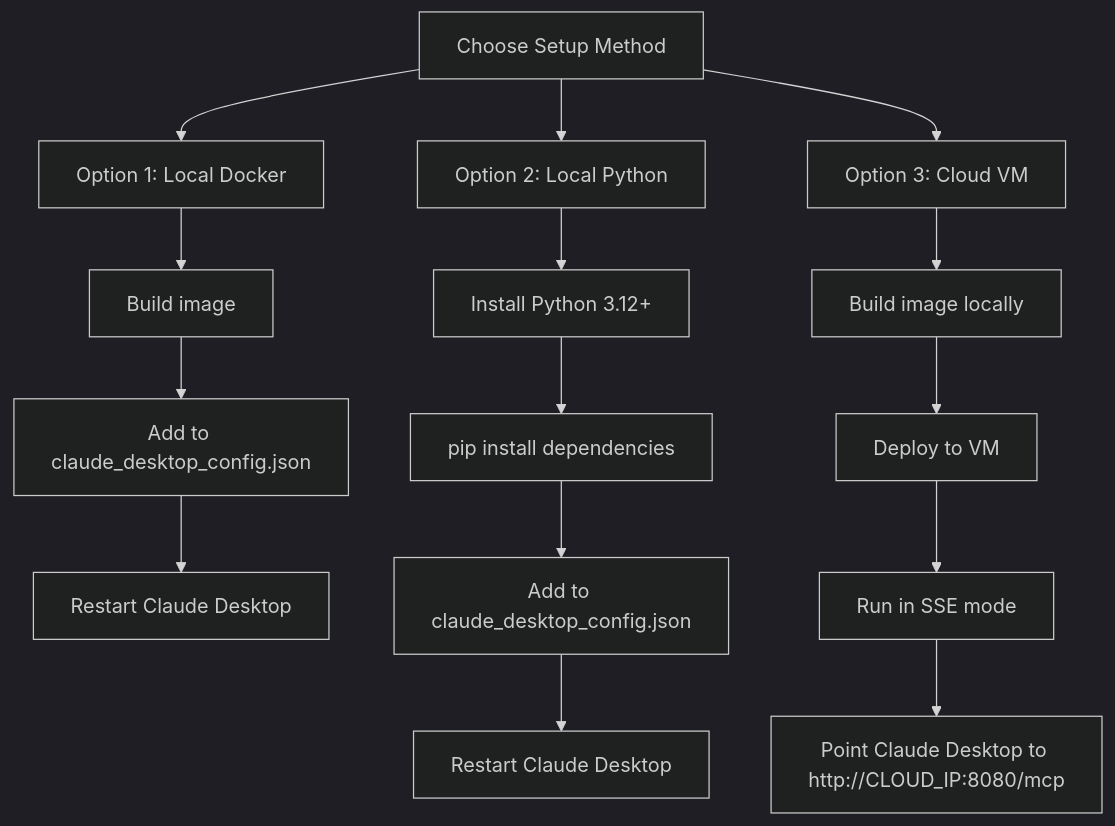
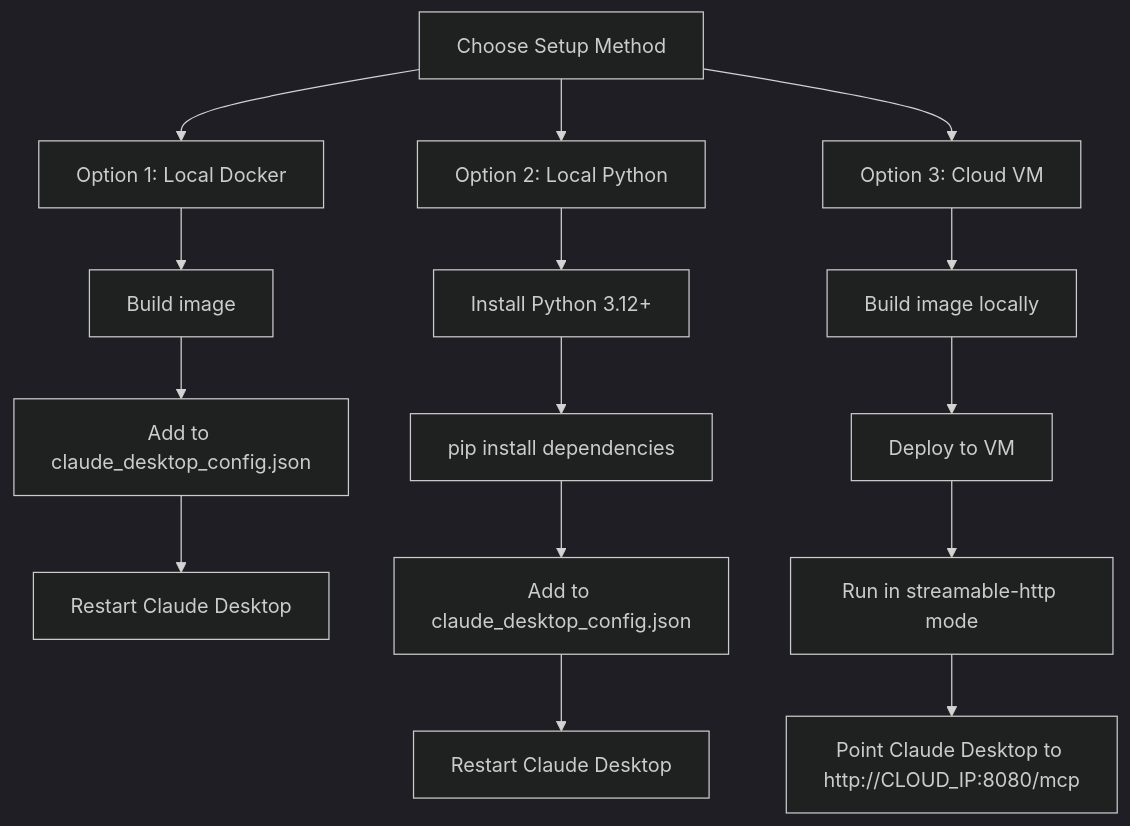
One commit to iportilla/agent-search changed the fourth of 6 diagrams in README.md. Above: the diagram before and after it, drawn with Mermaid (dark theme). The commit also changed other lines of this file, not shown here.

````diff
--- a/README.md
+++ b/README.md
@@ -59,20 +59,20 @@
 ```mermaid
 graph TD
     Start[Choose Setup Method] --> Docker["Option 1: Local Docker"]
     Start --> Local["Option 2: Local Python"]
     Start --> Cloud["Option 3: Cloud VM"]
 
     Docker --> D1[Build image]
     D1 --> D2[Add to claude_desktop_config.json]
     D2 --> D3[Restart Claude Desktop]
 
     Local --> L1[Install Python 3.12+]
     L1 --> L2[pip install dependencies]
     L2 --> L3[Add to claude_desktop_config.json]
     L3 --> L4[Restart Claude Desktop]
 
     Cloud --> C1[Build image locally]
     C1 --> C2[Deploy to VM]
-    C2 --> C3[Run in SSE mode]
+    C2 --> C3[Run in streamable-http mode]
     C3 --> C4["Point Claude Desktop to http://CLOUD_IP:8080/mcp"]
 ```
````
